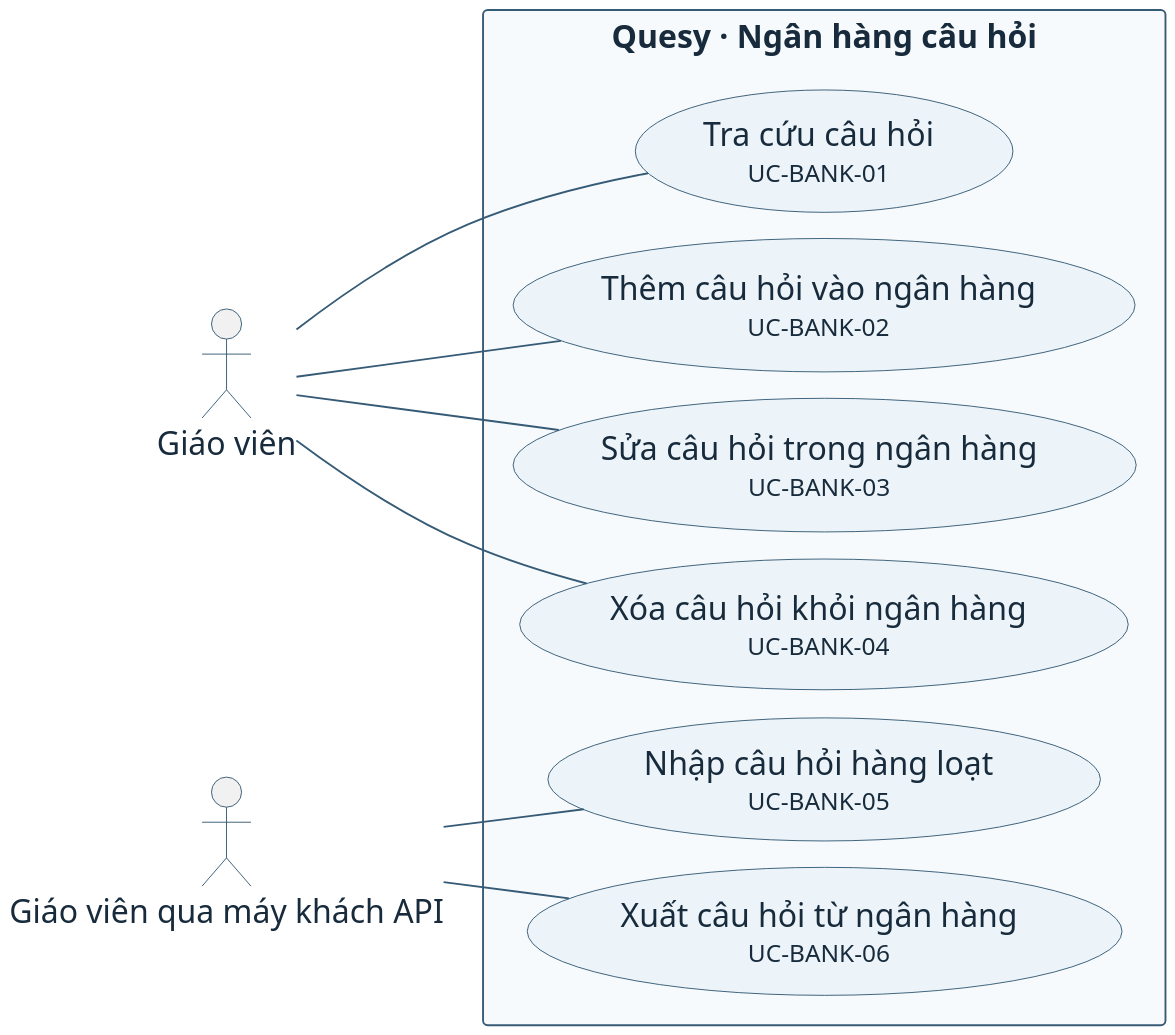
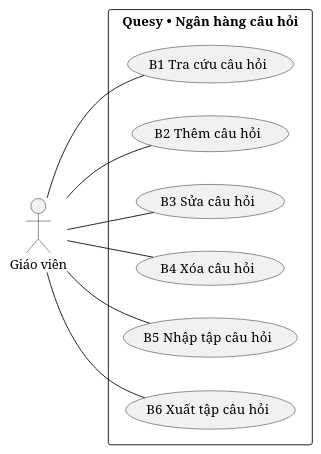
One commit to ngnsusinn/quesy changed the diagram in docs/bao_cao_hien_trang/plantuml/uc_bank.puml. Above: the diagram before and after it, drawn with PlantUML. The commit also changed 24 other files, not shown here.

Commit message:
docs: rewrite Quesy system reports with default PlantUML diagrams

```diff
--- a/docs/bao_cao_hien_trang/plantuml/uc_bank.puml
+++ b/docs/bao_cao_hien_trang/plantuml/uc_bank.puml
@@ -1,41 +1,18 @@
 @startuml
-skinparam backgroundColor white
-skinparam defaultFontName Segoe UI
-skinparam defaultFontSize 17
-skinparam shadowing false
-skinparam ArrowColor #365B76
-skinparam defaultFontColor #172B3C
-skinparam nodesep 24
-skinparam ranksep 26
-scale 2
-skinparam usecaseBackgroundColor #EDF4F9
-skinparam usecaseBorderColor #365B76
-skinparam actorBorderColor #365B76
-skinparam rectangleBackgroundColor #F7FAFC
-skinparam rectangleBorderColor #365B76
-skinparam nodesep 14
-skinparam ranksep 37
-
 left to right direction
-actor "Giáo viên" as Teacher
-actor "Giáo viên qua máy khách API" as Client
-rectangle "Quesy · Ngân hàng câu hỏi" {
-  usecase "Tra cứu câu hỏi\n<size:13>UC-BANK-01</size>" as U1
-  usecase "Thêm câu hỏi vào ngân hàng\n<size:13>UC-BANK-02</size>" as U2
-  usecase "Sửa câu hỏi trong ngân hàng\n<size:13>UC-BANK-03</size>" as U3
-  usecase "Xóa câu hỏi khỏi ngân hàng\n<size:13>UC-BANK-04</size>" as U4
-  usecase "Nhập câu hỏi hàng loạt\n<size:13>UC-BANK-05</size>" as U5
-  usecase "Xuất câu hỏi từ ngân hàng\n<size:13>UC-BANK-06</size>" as U6
+actor "Giáo viên" as T
+rectangle "Quesy • Ngân hàng câu hỏi" {
+  usecase "B1  Tra cứu câu hỏi" as B1
+  usecase "B2  Thêm câu hỏi" as B2
+  usecase "B3  Sửa câu hỏi" as B3
+  usecase "B4  Xóa câu hỏi" as B4
+  usecase "B5  Nhập tập câu hỏi" as B5
+  usecase "B6  Xuất tập câu hỏi" as B6
 }
-Teacher -- U1
-Teacher -- U2
-Teacher -- U3
-Teacher -- U4
-Client -- U5
-Client -- U6
-U2 -[hidden]right- U1
-U3 -[hidden]right- U2
-U4 -[hidden]right- U3
-U5 -[hidden]right- U4
-U6 -[hidden]right- U5
+T -- B1
+T -- B2
+T -- B3
+T -- B4
+T -- B5
+T -- B6
 @enduml
```
